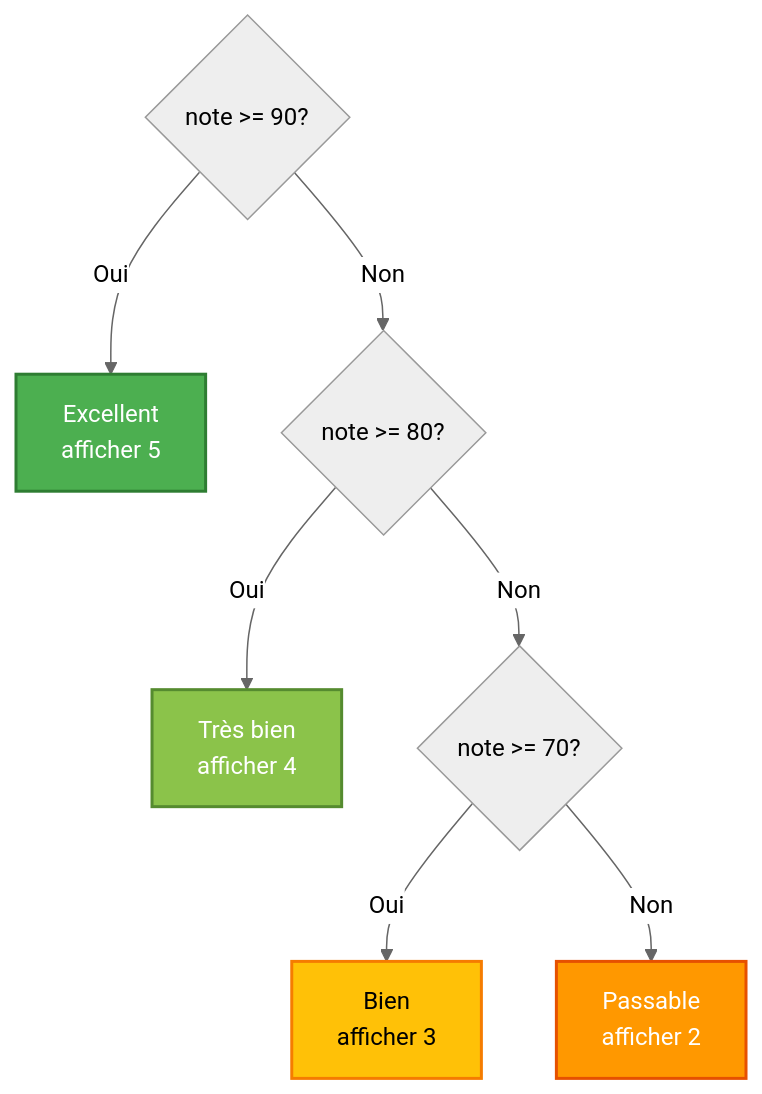
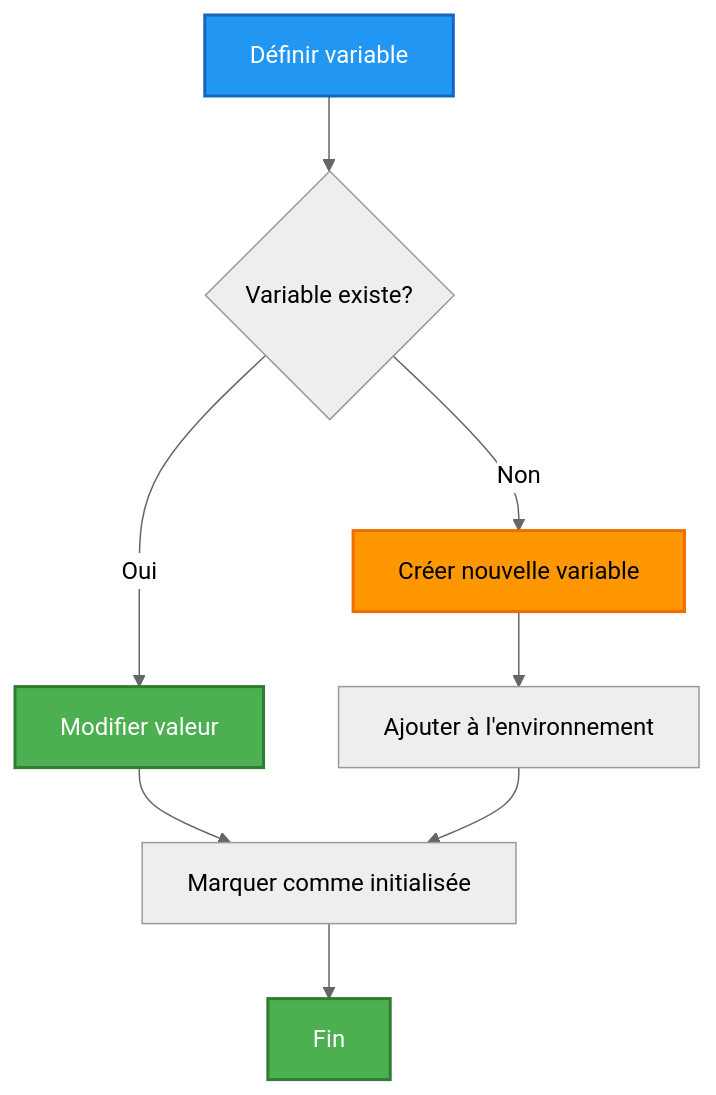
One commit to Yahia995/galant-compiler changed the seventh of 13 diagrams in ARCHITECTURE.md. Above: the diagram before and after it, drawn with Mermaid (neutral theme). The commit also changed other lines of this file, not shown here.

````diff
--- a/ARCHITECTURE.md
+++ b/ARCHITECTURE.md
@@ -537,14 +567,16 @@
 ```mermaid
 graph TD
-    A{note >= 90?} -->|Oui| B[Excellent<br/>afficher 5]
-    A -->|Non| C{note >= 80?}
-    C -->|Oui| D[Très bien<br/>afficher 4]
-    C -->|Non| E{note >= 70?}
-    E -->|Oui| F[Bien<br/>afficher 3]
-    E -->|Non| G[Passable<br/>afficher 2]
+    A[Définir variable] --> B{Variable existe?}
+    B -->|Oui| C[Modifier valeur]
+    B -->|Non| D[Créer nouvelle variable]
     
-    style B fill:#4caf50,stroke:#2e7d32,stroke-width:2px,color:#ffffff
-    style D fill:#8bc34a,stroke:#558b2f,stroke-width:2px,color:#ffffff
-    style F fill:#ffc107,stroke:#f57c00,stroke-width:2px,color:#000000
-    style G fill:#ff9800,stroke:#e65100,stroke-width:2px,color:#ffffff
+    C --> E[Marquer comme initialisée]
+    D --> F[Ajouter à l'environnement]
+    F --> E
+    E --> G[Fin]
+    
+    style A fill:#2196f3,stroke:#1565c0,stroke-width:2px,color:#fff
+    style C fill:#4caf50,stroke:#2e7d32,stroke-width:2px,color:#fff
+    style D fill:#ff9800,stroke:#ef6c00,stroke-width:2px
+    style G fill:#4caf50,stroke:#2e7d32,stroke-width:2px,color:#fff
 ```
````
